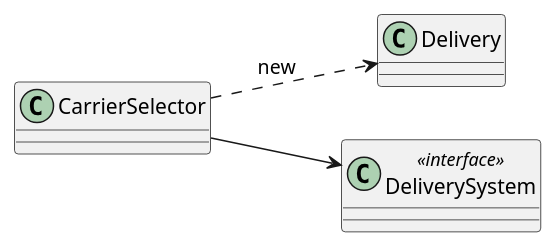
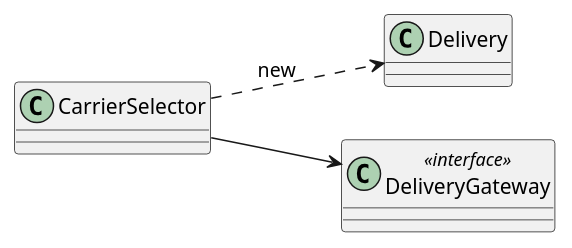
One commit to YoungSan77/TrainingMaterials changed the fifth of 6 diagrams in courses/ooad/sessions/s09.md. Above: the diagram before and after it, drawn with PlantUML. The commit also changed other lines of this file and 154 other files, not shown here.

````diff
--- a/courses/ooad/sessions/s09.md
+++ b/courses/ooad/sessions/s09.md
@@ -564,10 +564,10 @@
 ```plantuml:class
 @startuml
 left to right direction
 class "CarrierSelector" as C
 class "Delivery" as D
-class "DeliverySystem" as DS <<interface>>
+class "DeliveryGateway" as DS <<interface>>
 C ..> D : new
 C --> DS
 @enduml
 ```
````
